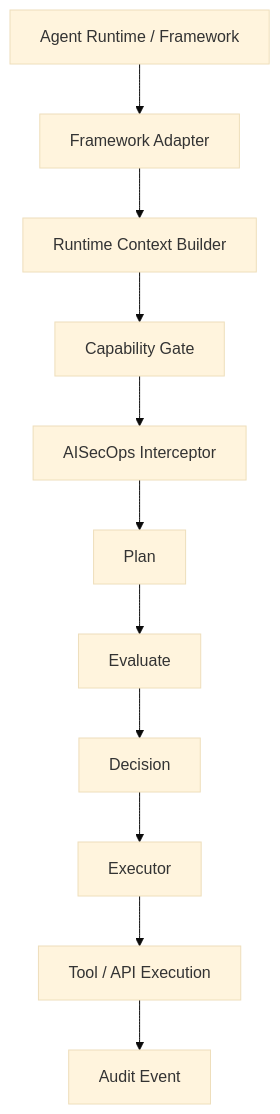
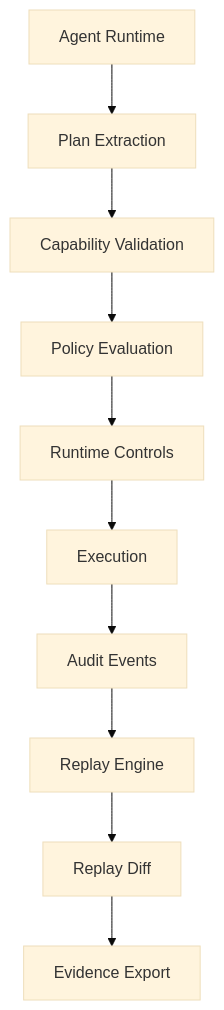
One commit to viplavfauzdar/aisecops-interceptor changed the first of 6 diagrams in README.md. Above: the diagram before and after it, drawn with Mermaid (base theme). The commit also changed other lines of this file and 17 other files, not shown here.

First line of the commit message:
AISecOps Interceptor v1.0.0 (#33)

````diff
--- a/README.md
+++ b/README.md
@@ -440,15 +554,14 @@
 ```mermaid
 flowchart TD
 
-A[Agent Runtime / Framework]
-A --> B[Framework Adapter]
-B --> C[Runtime Context Builder]
-C --> D[Capability Gate]
-D --> E[AISecOps Interceptor]
-E --> F[Plan]
-F --> G[Evaluate]
-G --> H[Decision]
-H --> I[Executor]
-I --> J[Tool / API Execution]
-J --> K[Audit Event]
+A[Agent Runtime]
+A --> B[Plan Extraction]
+B --> C[Capability Validation]
+C --> D[Policy Evaluation]
+D --> E[Runtime Controls]
+E --> F[Execution]
+F --> G[Audit Events]
+G --> H[Replay Engine]
+H --> I[Replay Diff]
+I --> J[Evidence Export]
 ```
````
